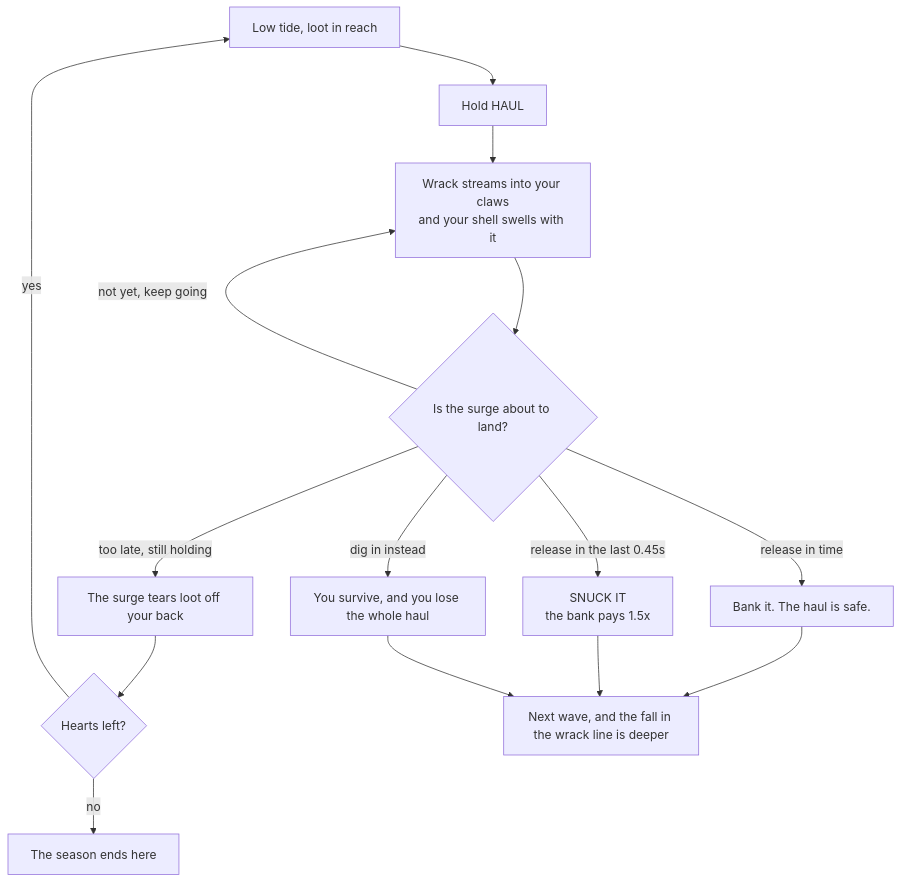
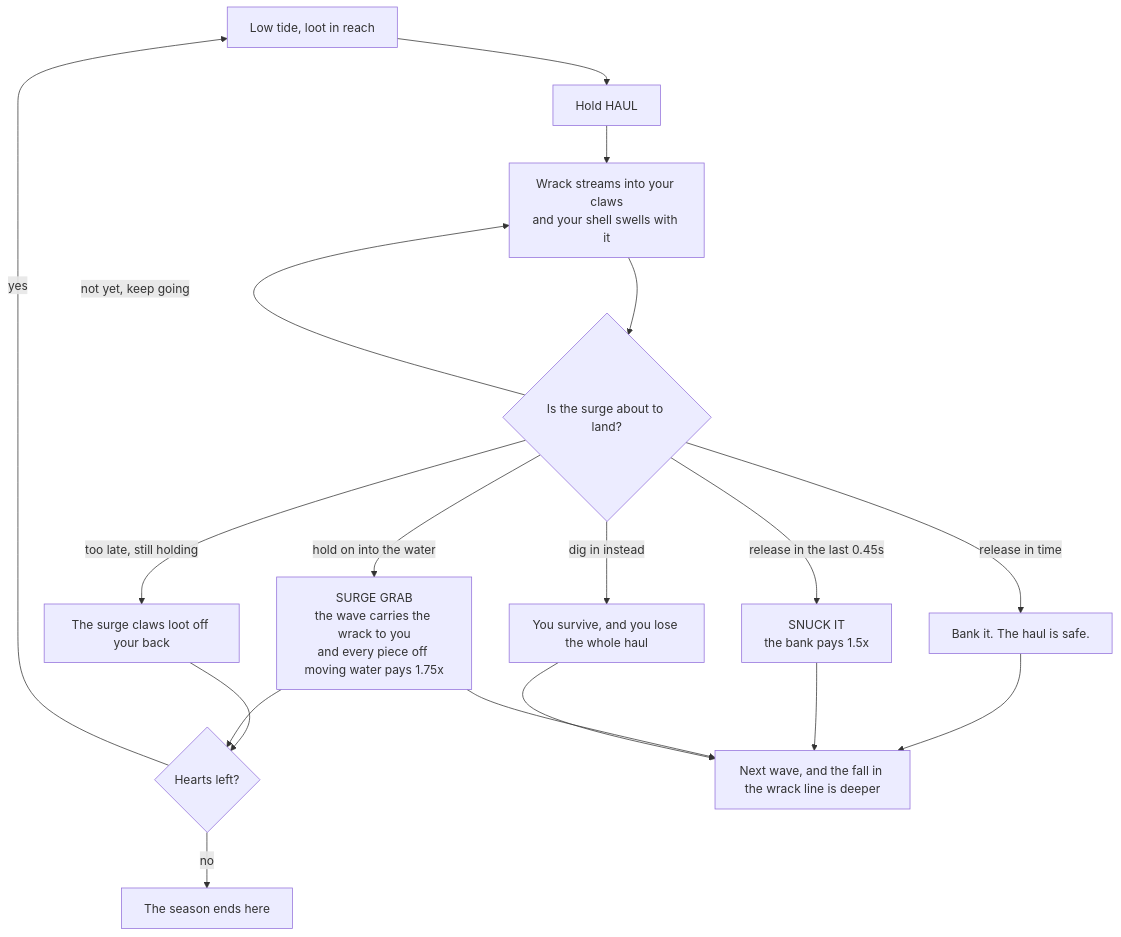
Before and after one commit to thesithunyein/wrackline: the second of 4 diagrams in README.md, drawn with Mermaid. The commit also changed other lines of this file and 1 other file, not shown here.

First line of the commit message:
feat: let the wave be a window you can haul from

````diff
--- a/README.md
+++ b/README.md
@@ -127,17 +138,20 @@
 ```mermaid
 flowchart TD
   Start["Low tide, loot in reach"] --> Hold["Hold HAUL"]
   Hold --> Swell["Wrack streams into your claws<br/>and your shell swells with it"]
   Swell --> Ask{"Is the surge about to land?"}
   Ask -->|"not yet, keep going"| Swell
   Ask -->|"release in time"| Bank["Bank it. The haul is safe."]
   Ask -->|"release in the last 0.45s"| Snuck["SNUCK IT<br/>the bank pays 1.5x"]
-  Ask -->|"too late, still holding"| Tore["The surge tears loot off your back"]
+  Ask -->|"too late, still holding"| Tore["The surge claws loot off your back"]
+  Ask -->|"hold on into the water"| Surge["SURGE GRAB<br/>the wave carries the wrack to you<br/>and every piece off moving water pays 1.75x"]
   Ask -->|"dig in instead"| Dig["You survive, and you lose the whole haul"]
   Tore --> Heart{"Hearts left?"}
+  Surge --> Heart
   Heart -->|"yes"| Start
   Heart -->|"no"| Lost["The season ends here"]
   Bank --> Next["Next wave, and the fall in the wrack line is deeper"]
   Snuck --> Next
+  Surge --> Next
   Dig --> Next
 ```
````
